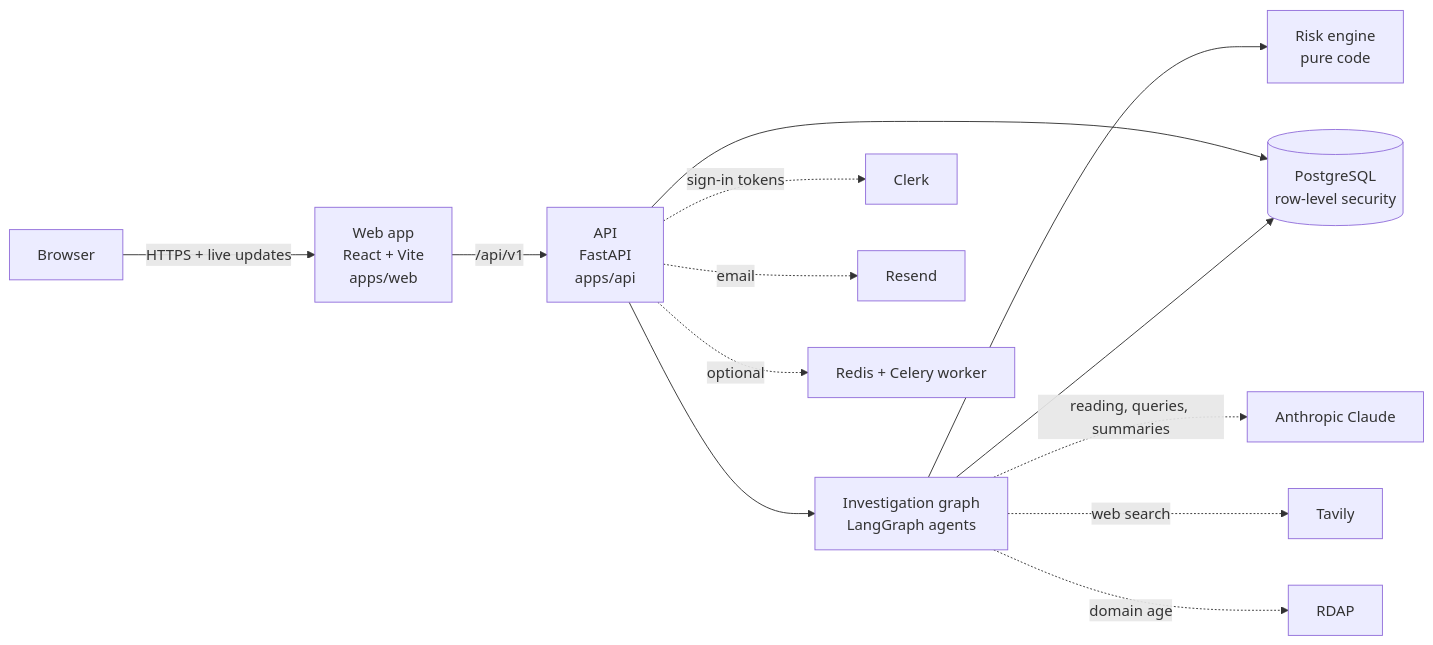
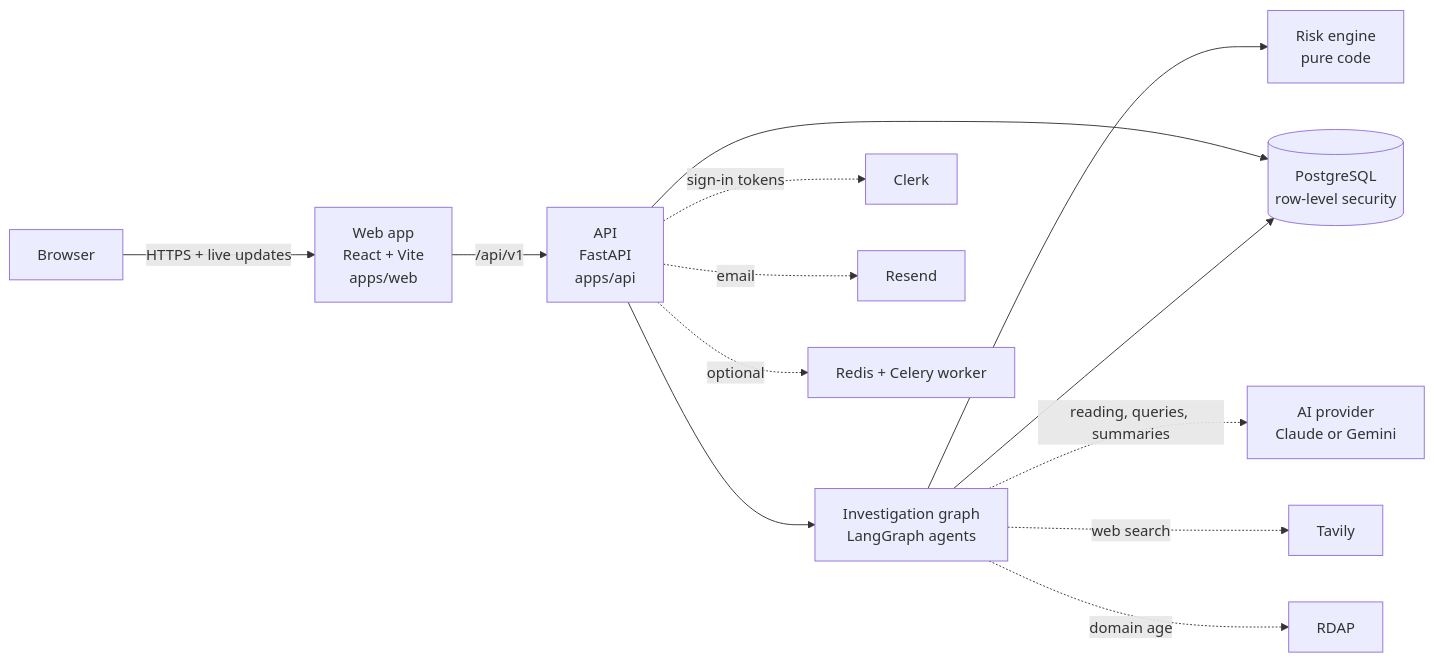
Before and after one commit to sujalmallick/probity-ai: the first of 2 diagrams in docs/Architecture.md, drawn with Mermaid. The commit also changed other lines of this file and 32 other files, not shown here.

First line of the commit message:
Gemini provider, PDF cleaning, packaged-install paths, Cloudflare prod stack

````diff
--- a/docs/Architecture.md
+++ b/docs/Architecture.md
@@ -8,15 +8,15 @@
 ```mermaid
 flowchart LR
     U[Browser] -->|HTTPS + live updates| W[Web app<br/>React + Vite<br/>apps/web]
     W -->|/api/v1| A[API<br/>FastAPI<br/>apps/api]
     A --> G[Investigation graph<br/>LangGraph agents]
     G --> R[Risk engine<br/>pure code]
     A --> DB[(PostgreSQL<br/>row-level security)]
     G --> DB
     A -. sign-in tokens .-> C[Clerk]
-    G -. reading, queries, summaries .-> L[Anthropic Claude]
+    G -. reading, queries, summaries .-> L[AI provider<br/>Claude or Gemini]
     G -. web search .-> T[Tavily]
     G -. domain age .-> RD[RDAP]
     A -. email .-> E[Resend]
     A -. optional .-> Q[Redis + Celery worker]
 ```
````
